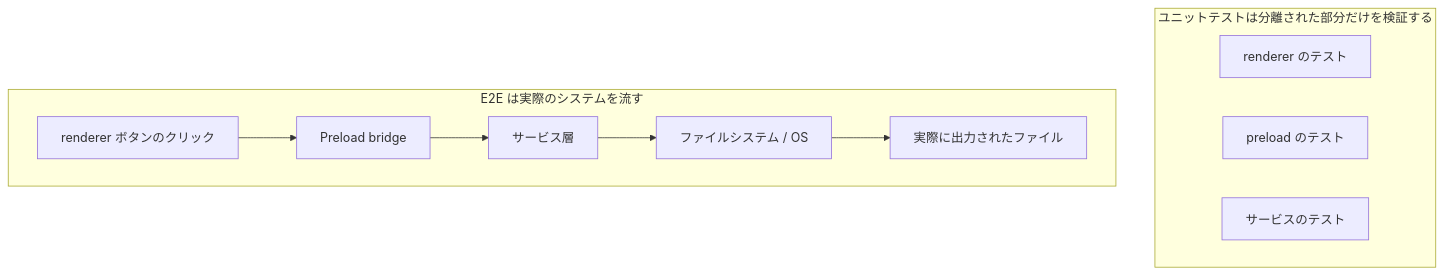
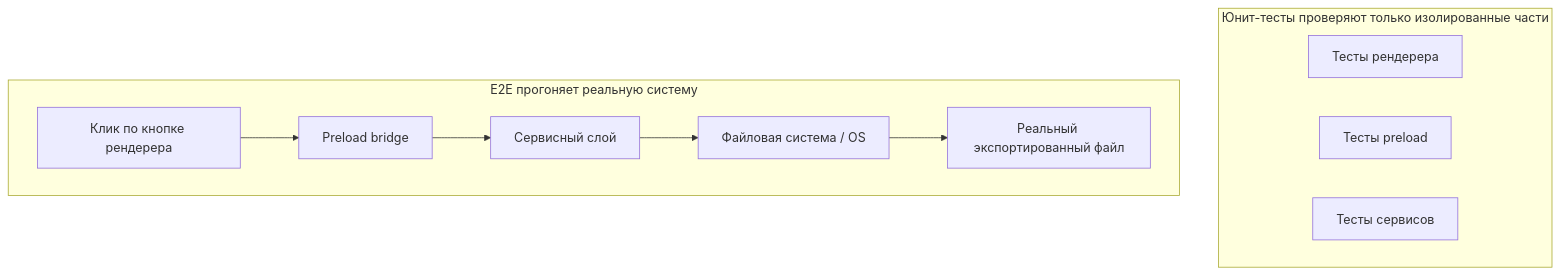
The first of 2 diagrams in docs/ru/lectures/lecture-10-why-end-to-end-testing-changes-results/index.md (mkusaka/learn-harness-engineering), drawn with Mermaid before and after one commit. The commit also changed other lines of this file and 684 other files, not shown here.

````diff
--- a/docs/ru/lectures/lecture-10-why-end-to-end-testing-changes-results/index.md
+++ b/docs/ru/lectures/lecture-10-why-end-to-end-testing-changes-results/index.md
@@ -36,15 +36,15 @@
 ```mermaid
 flowchart TB
-    subgraph Unit["ユニットテストは分離された部分だけを検証する"]
-    U1["renderer のテスト"]
-    U2["preload のテスト"]
-    U3["サービスのテスト"]
+    subgraph Unit["Юнит-тесты проверяют только изолированные части"]
+    U1["Тесты рендерера"]
+    U2["Тесты preload"]
+    U3["Тесты сервисов"]
     end
 
-    subgraph E2E["E2E は実際のシステムを流す"]
-    R["renderer ボタンのクリック"] --> P["Preload bridge"]
-    P --> S["サービス層"]
-    S --> F["ファイルシステム / OS"]
-    F --> Result["実際に出力されたファイル"]
+    subgraph E2E["E2E прогоняет реальную систему"]
+    R["Клик по кнопке рендерера"] --> P["Preload bridge"]
+    P --> S["Сервисный слой"]
+    S --> F["Файловая система / OS"]
+    F --> Result["Реальный экспортированный файл"]
     end
 ```
````
